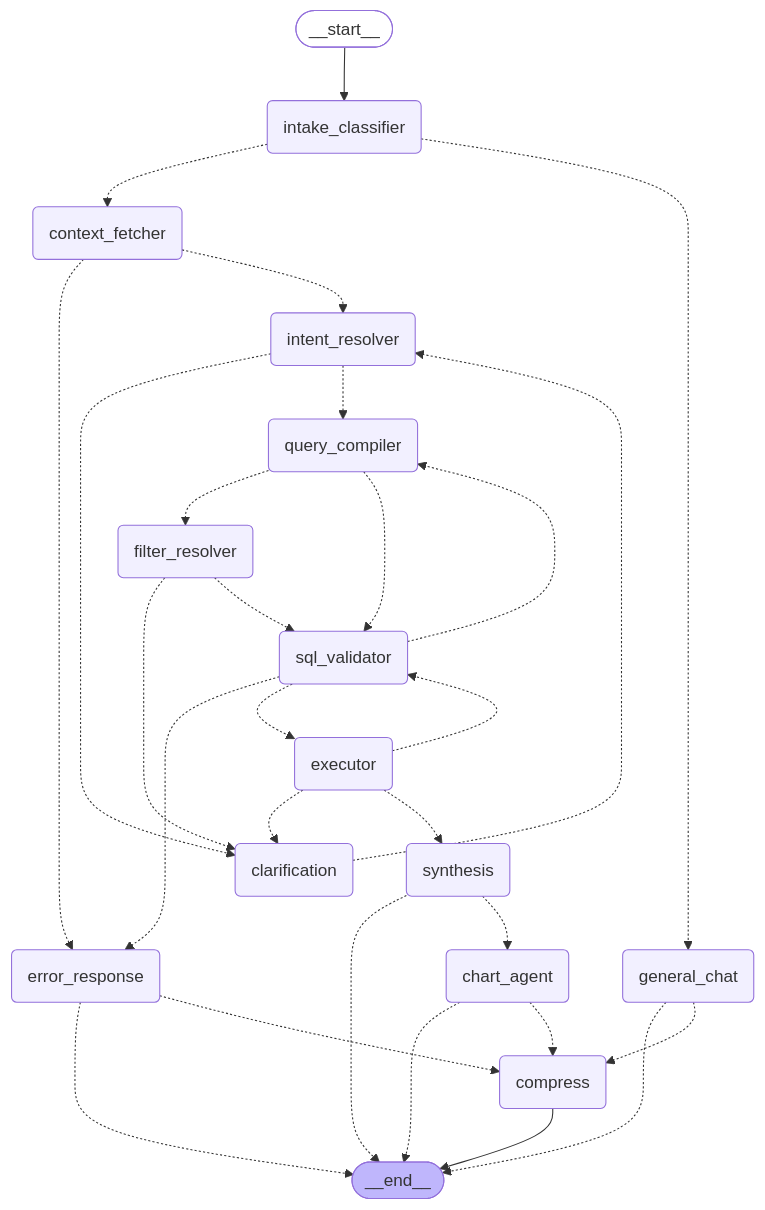
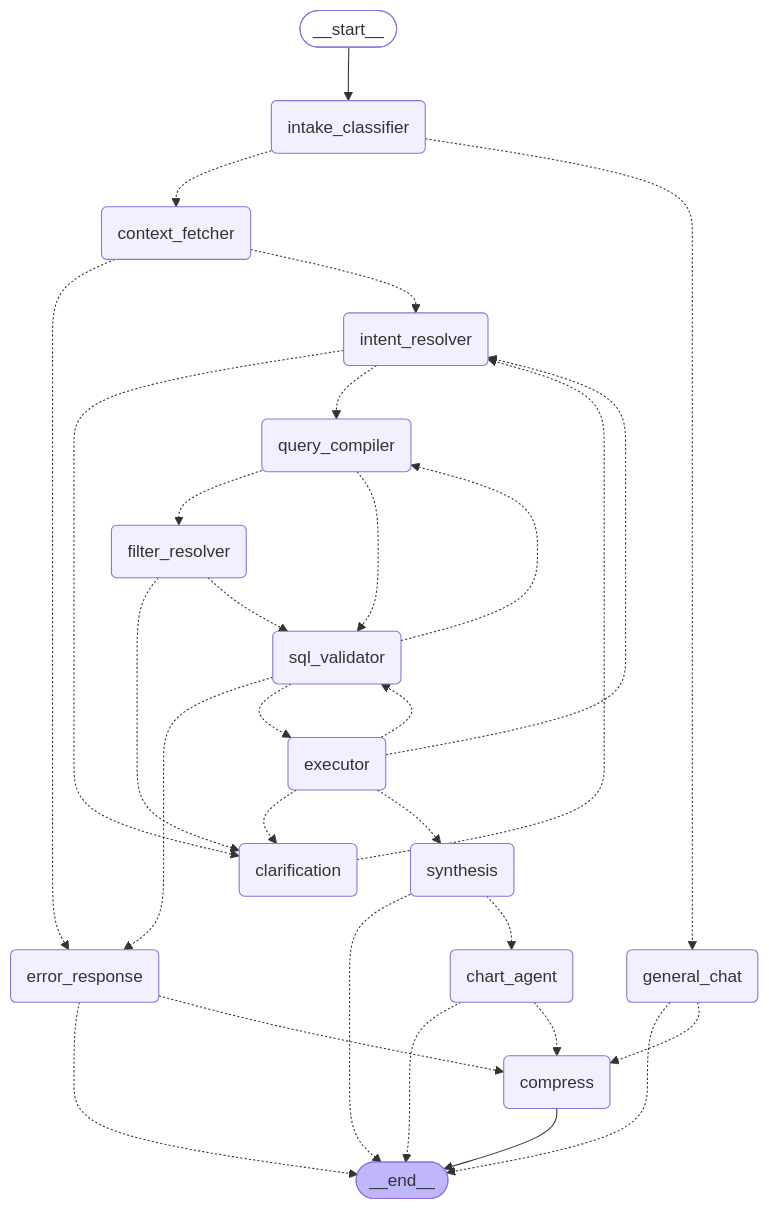
The diagram in assets/analytics_graph.mmd (mayankdas2005/MTI-Brain), drawn with Mermaid before and after one commit. The commit also changed 13 other files, not shown here.

```diff
--- a/assets/analytics_graph.mmd
+++ b/assets/analytics_graph.mmd
@@ -1,46 +1,47 @@
 graph TD;
 	__start__([<p>__start__</p>]):::first
 	intake_classifier(intake_classifier)
 	general_chat(general_chat)
 	context_fetcher(context_fetcher)
 	intent_resolver(intent_resolver)
 	clarification(clarification)
 	query_compiler(query_compiler)
 	filter_resolver(filter_resolver)
 	sql_validator(sql_validator)
 	executor(executor)
 	synthesis(synthesis)
 	chart_agent(chart_agent)
 	error_response(error_response)
 	compress(compress)
 	__end__([<p>__end__</p>]):::last
 	__start__ --> intake_classifier;
 	chart_agent -.-> __end__;
 	chart_agent -.-> compress;
 	clarification -.-> intent_resolver;
 	context_fetcher -.-> error_response;
 	context_fetcher -.-> intent_resolver;
 	error_response -.-> __end__;
 	error_response -.-> compress;
 	executor -.-> clarification;
+	executor -.-> intent_resolver;
 	executor -.-> sql_validator;
 	executor -.-> synthesis;
 	filter_resolver -.-> clarification;
 	filter_resolver -.-> sql_validator;
 	general_chat -.-> __end__;
 	general_chat -.-> compress;
 	intake_classifier -.-> context_fetcher;
 	intake_classifier -.-> general_chat;
 	intent_resolver -.-> clarification;
 	intent_resolver -.-> query_compiler;
 	query_compiler -.-> filter_resolver;
 	query_compiler -.-> sql_validator;
 	sql_validator -.-> error_response;
 	sql_validator -.-> executor;
 	sql_validator -.-> query_compiler;
 	synthesis -.-> __end__;
 	synthesis -.-> chart_agent;
 	compress --> __end__;
 	classDef default fill:#f2f0ff,line-height:1.2
 	classDef first fill-opacity:0
 	classDef last fill:#bfb6fc
```
